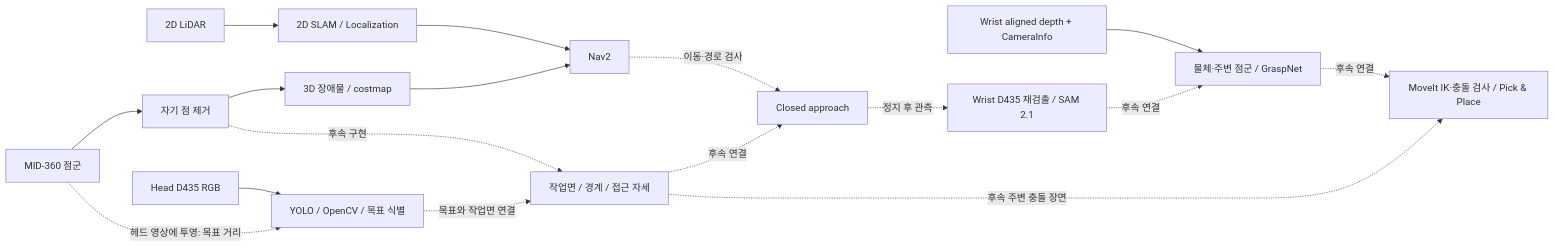
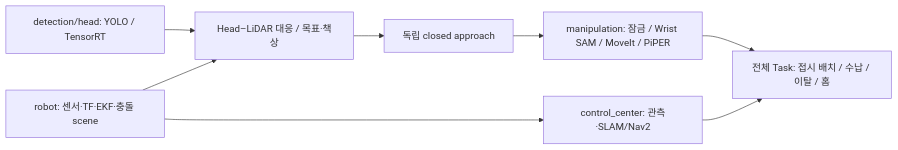
The diagram in SW/README.md (kimsh039/INHA-RoboCup-Home-2th-2027), drawn with Mermaid before and after one commit. The commit also changed other lines of this file and 5194 other files, not shown here.

````diff
--- a/SW/README.md
+++ b/SW/README.md
@@ -285,19 +24,10 @@
 ```mermaid
 flowchart LR
-    SCAN["2D LiDAR"] --> LOC["2D SLAM / Localization"]
-    LOC --> NAV["Nav2"]
-    L["MID-360 점군"] --> FILTER["자기 점 제거"]
-    FILTER --> OBS["3D 장애물 / costmap"]
-    OBS --> NAV
-    FILTER -. "후속 구현" .-> SURFACE["작업면 / 경계 / 접근 자세"]
-    H["Head D435 RGB"] --> Y["YOLO / OpenCV / 목표 식별"]
-    L -. "헤드 영상에 투영: 목표 거리" .-> Y
-    Y -. "목표와 작업면 연결" .-> SURFACE
-    NAV -. "이동·경로 검사" .-> A["Closed approach"]
-    SURFACE -. "후속 연결" .-> A
-    A -. "정지 후 관측" .-> W["Wrist D435 재검출 / SAM 2.1"]
-    WD["Wrist aligned depth + CameraInfo"] --> G["물체·주변 점군 / GraspNet"]
-    W -. "후속 연결" .-> G
-    G -. "후속 연결" .-> M["MoveIt IK·충돌 검사 / Pick & Place"]
-    SURFACE -. "후속 주변 충돌 장면" .-> M
+ R["robot: 센서·TF·EKF·충돌 scene"] --> C["control_center: 관측·SLAM/Nav2"]
+ H["detection/head: YOLO / TensorRT"] --> L["Head–LiDAR 대응 / 목표·책상"]
+ R --> L
+ L --> D["독립 closed approach"]
+ D --> M["manipulation: 잠금 / Wrist SAM / MoveIt / PiPER"]
+ M --> T["전체 Task: 접시 배치 / 수납 / 이탈 / 홈"]
+ C --> T
 ```
````
